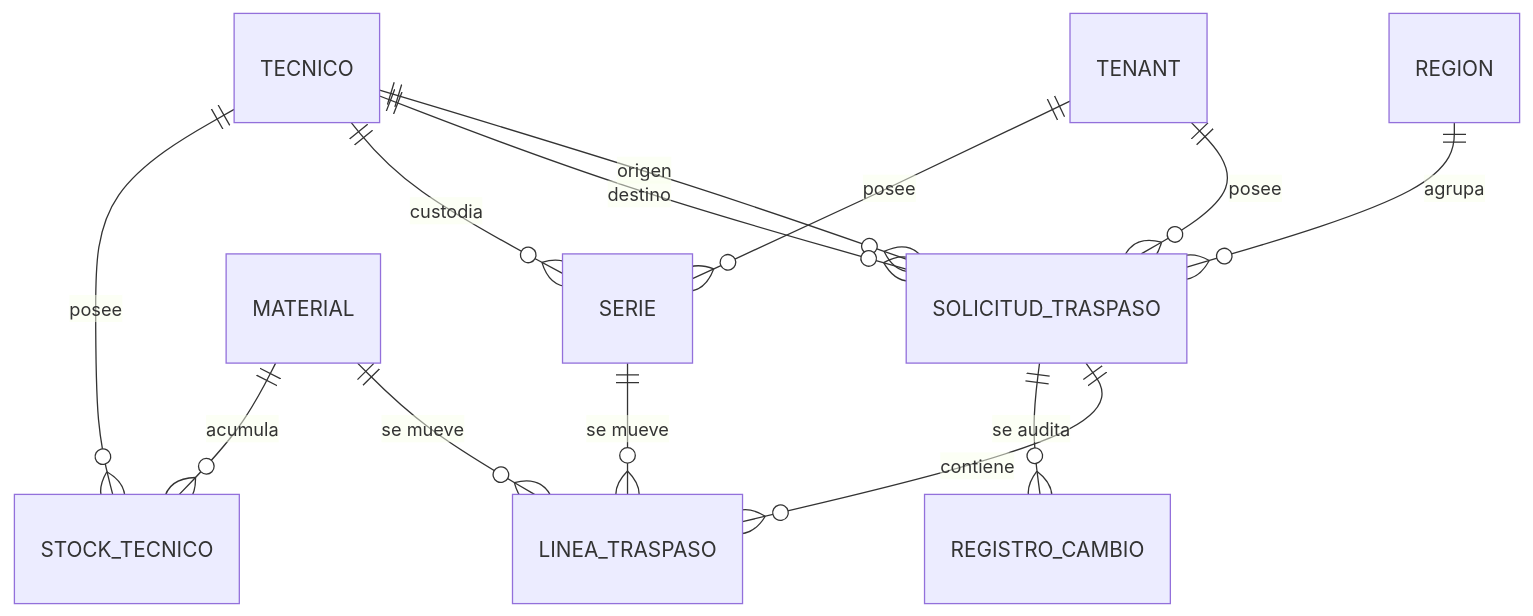
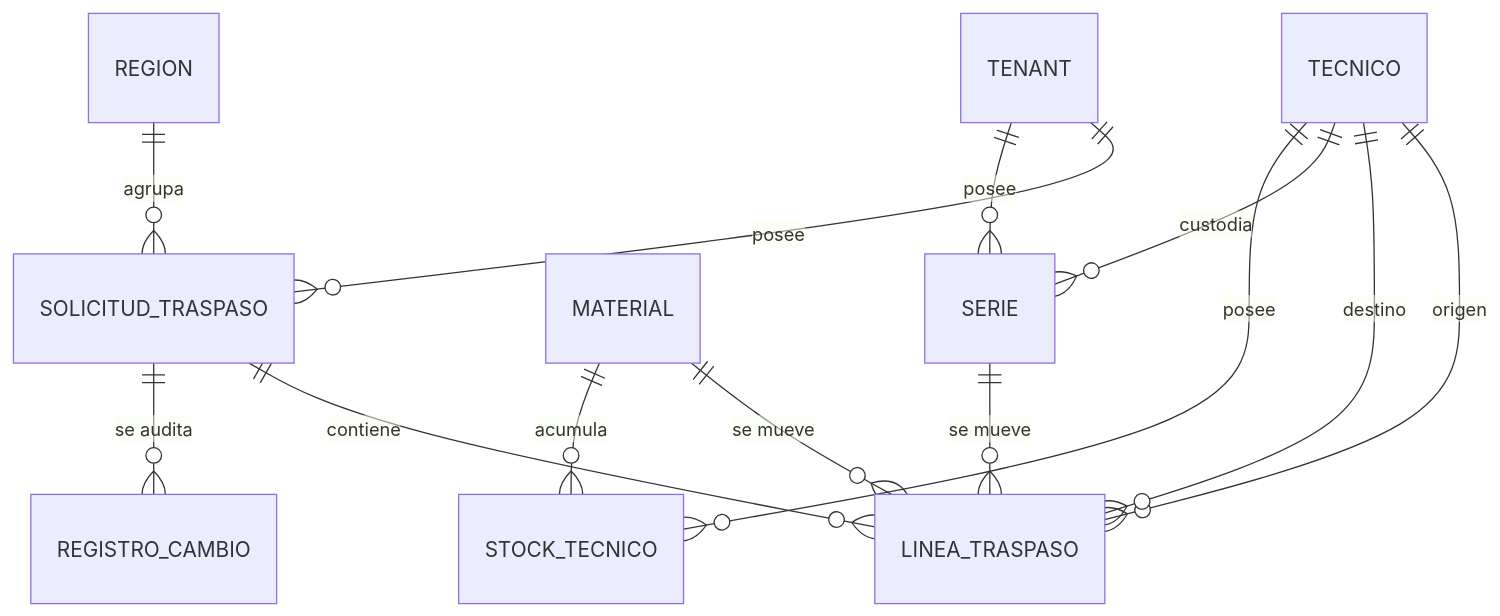
Before and after one commit to Klidsman/Lari_sistema-arquitSoft-02-Klidsman: the diagram in 05-especificaciones/009-traspaso-entre-tecnicos/data-model.md, drawn with Mermaid. The commit also changed other lines of this file and 30 other files, not shown here.

````diff
--- a/05-especificaciones/009-traspaso-entre-tecnicos/data-model.md
+++ b/05-especificaciones/009-traspaso-entre-tecnicos/data-model.md
@@ -12,15 +12,15 @@
 ```mermaid
 erDiagram
     TENANT ||--o{ SOLICITUD_TRASPASO : "posee"
     REGION ||--o{ SOLICITUD_TRASPASO : "agrupa"
-    TECNICO ||--o{ SOLICITUD_TRASPASO : "origen"
-    TECNICO ||--o{ SOLICITUD_TRASPASO : "destino"
     SOLICITUD_TRASPASO ||--o{ LINEA_TRASPASO : "contiene"
+    TECNICO ||--o{ LINEA_TRASPASO : "origen"
+    TECNICO ||--o{ LINEA_TRASPASO : "destino"
     MATERIAL ||--o{ LINEA_TRASPASO : "se mueve"
     SERIE ||--o{ LINEA_TRASPASO : "se mueve"
     TENANT ||--o{ SERIE : "posee"
     TECNICO ||--o{ SERIE : "custodia"
     TECNICO ||--o{ STOCK_TECNICO : "posee"
     MATERIAL ||--o{ STOCK_TECNICO : "acumula"
     SOLICITUD_TRASPASO ||--o{ REGISTRO_CAMBIO : "se audita"
 ```
````
